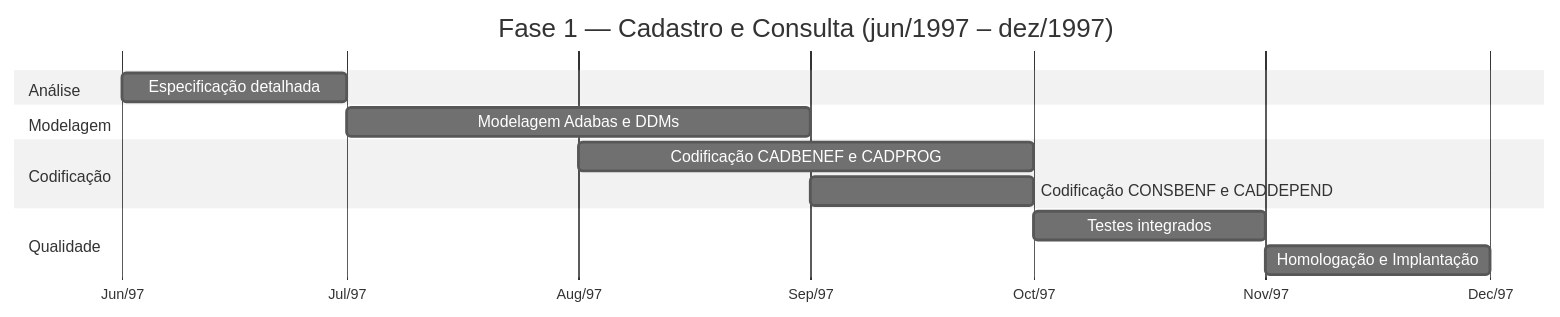
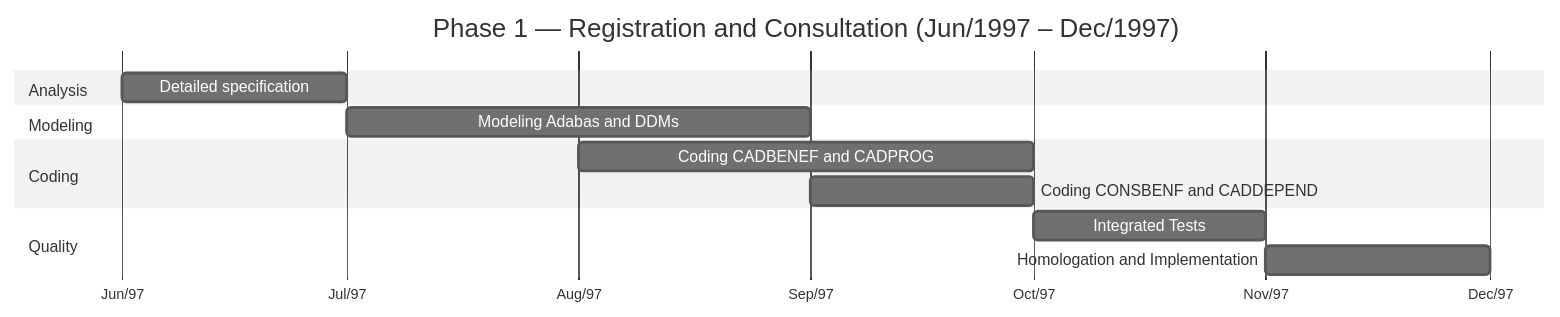
The fifth of 6 diagrams in 01-arqueologia/legado-sifap/legacy-docs/ARQUITETURA-ORIGINAL-1997.md (paulasilvatech/datacorp-mm-team-kit), drawn with Mermaid before and after one commit. The commit also changed other lines of this file and 169 other files, not shown here.

````diff
--- a/01-arqueologia/legado-sifap/legacy-docs/ARQUITETURA-ORIGINAL-1997.md
+++ b/01-arqueologia/legado-sifap/legacy-docs/ARQUITETURA-ORIGINAL-1997.md
@@ -481,21 +481,21 @@
 ```mermaid
 %%{init: {'theme':'neutral','themeVariables':{'fontFamily':'ui-sans-serif, system-ui, sans-serif','primaryColor':'#F5F5F5','primaryTextColor':'#171717','primaryBorderColor':'#171717','lineColor':'#525252','secondaryColor':'#FFFFFF','tertiaryColor':'#FAFAFA','background':'#FFFFFF'}}}%%
 gantt
-    title Fase 1 — Cadastro e Consulta (jun/1997 – dez/1997)
+    title Phase 1 — Registration and Consultation (Jun/1997 – Dec/1997)
     dateFormat YYYY-MM
     axisFormat %b/%y
 
-    section Análise
-    Especificação detalhada          :a1, 1997-06, 1M
+    section Analysis
+    Detailed specification :a1, 1997-06, 1M
 
-    section Modelagem
-    Modelagem Adabas e DDMs          :a2, 1997-07, 2M
+    section Modeling
+    Modeling Adabas and DDMs :a2, 1997-07, 2M
 
-    section Codificação
-    Codificação CADBENEF e CADPROG   :a3, 1997-08, 2M
-    Codificação CONSBENF e CADDEPEND :a4, 1997-09, 1M
+    section Coding
+    Coding CADBENEF and CADPROG :a3, 1997-08, 2M
+    Coding CONSBENF and CADDEPEND :a4, 1997-09, 1M
 
-    section Qualidade
-    Testes integrados                :a5, 1997-10, 1M
-    Homologação e Implantação        :a6, 1997-11, 1M
+    section Quality
+    Integrated Tests :a5, 1997-10, 1M
+    Homologation and Implementation:a6, 1997-11, 1M
 ```
````
